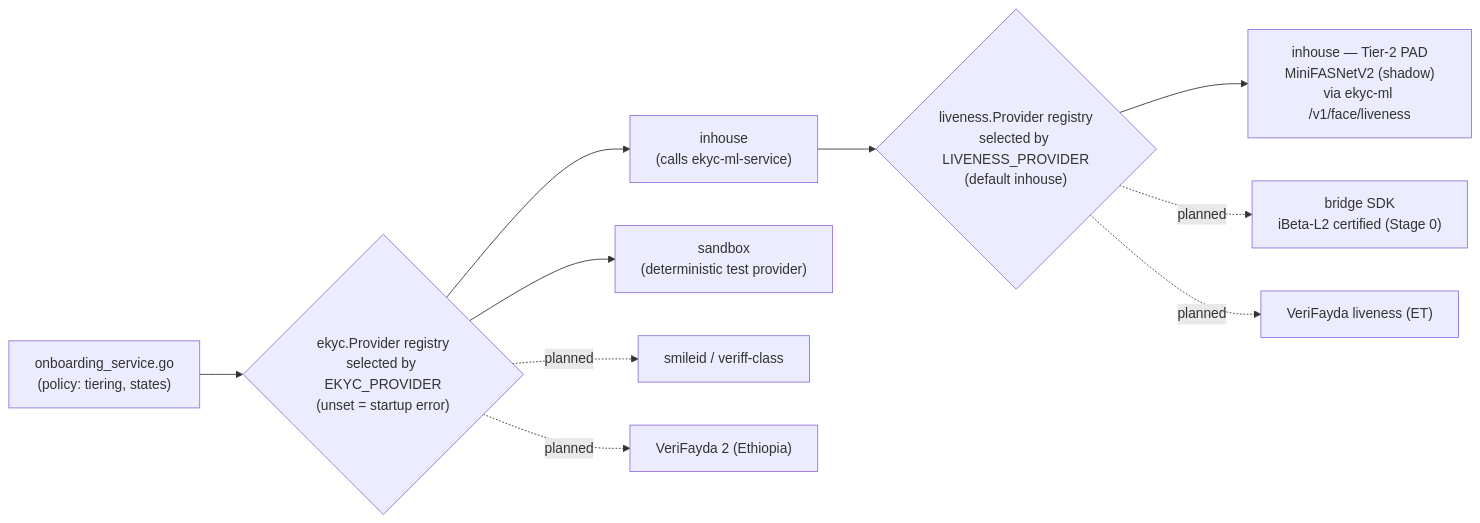
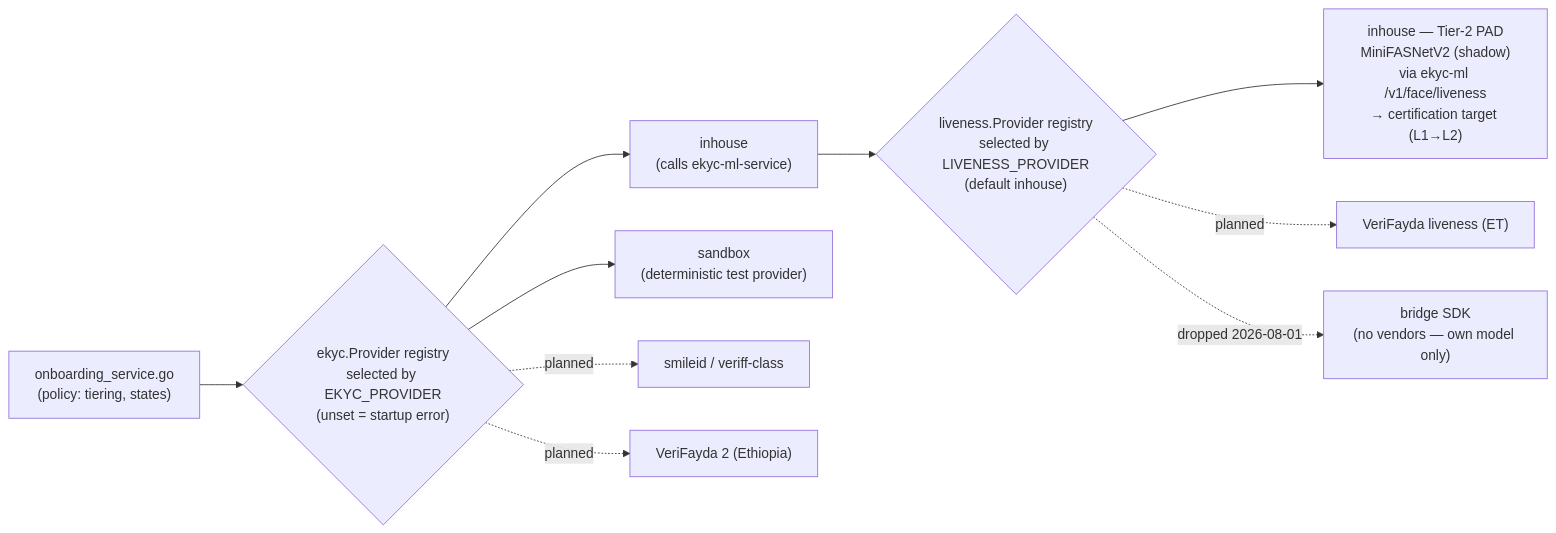
One commit to aktech-io/AthenaIntelligentLMS changed the second of 4 diagrams in docs/ekyc/02-system-architecture.md. Above: the diagram before and after it, drawn with Mermaid. The commit also changed 3 other files, not shown here.

First line of the commit message:
docs(ekyc): plan-of-record change — no liveness vendors, own model direct to iBeta L1→L2

````diff
--- a/docs/ekyc/02-system-architecture.md
+++ b/docs/ekyc/02-system-architecture.md
@@ -81,12 +81,12 @@
 ```mermaid
 flowchart LR
     OS["onboarding_service.go<br/>(policy: tiering, states)"] --> REG{"ekyc.Provider registry<br/>selected by EKYC_PROVIDER<br/>(unset = startup error)"}
     REG --> IN["inhouse<br/>(calls ekyc-ml-service)"]
     REG --> SB["sandbox<br/>(deterministic test provider)"]
     REG -.planned.-> SM["smileid / veriff-class"]
     REG -.planned.-> VF["VeriFayda 2 (Ethiopia)"]
     IN --> LREG{"liveness.Provider registry<br/>selected by LIVENESS_PROVIDER<br/>(default inhouse)"}
-    LREG --> T2["inhouse — Tier-2 PAD<br/>MiniFASNetV2 (shadow)<br/>via ekyc-ml /v1/face/liveness"]
-    LREG -.planned.-> BR["bridge SDK<br/>iBeta-L2 certified (Stage 0)"]
+    LREG --> T2["inhouse — Tier-2 PAD<br/>MiniFASNetV2 (shadow)<br/>via ekyc-ml /v1/face/liveness<br/>→ certification target (L1→L2)"]
     LREG -.planned.-> VFL["VeriFayda liveness (ET)"]
+    LREG -.dropped 2026-08-01.-> BR["bridge SDK<br/>(no vendors — own model only)"]
 ```
````
